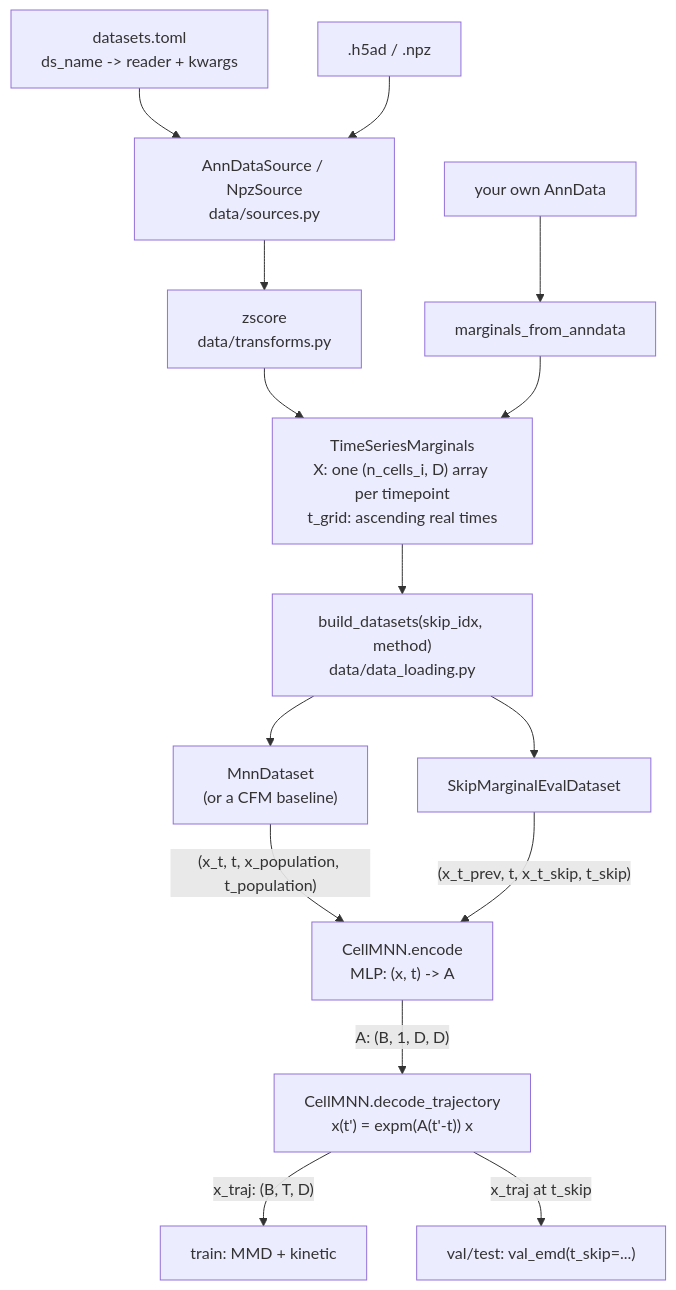
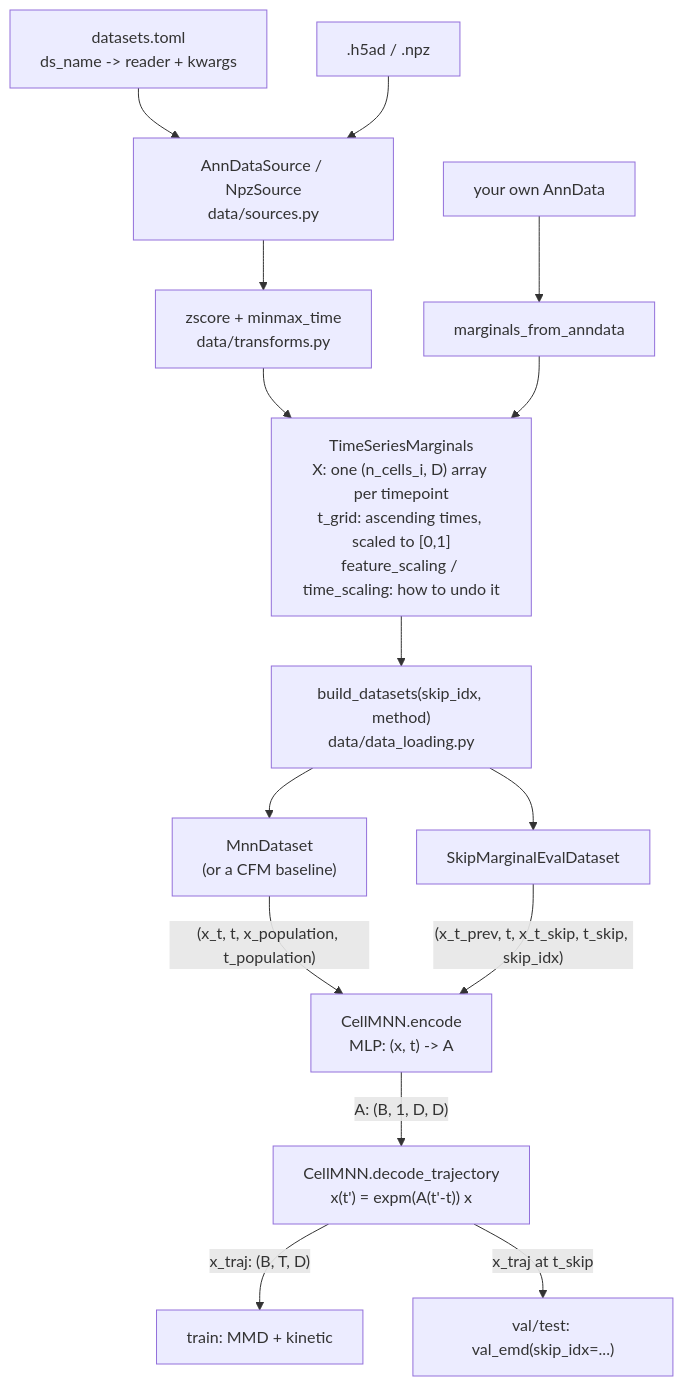
Before and after one commit to vbjan/cell-mnn: the diagram in README.md, drawn with Mermaid. The commit also changed 9 other files, not shown here.

````diff
--- a/README.md
+++ b/README.md
@@ -7,26 +7,26 @@
 ```mermaid
 flowchart TB
     toml["datasets.toml<br>ds_name -> reader + kwargs"] --> src
     files[".h5ad / .npz"] --> src["AnnDataSource / NpzSource<br>data/sources.py"]
-    src --> zs["zscore<br>data/transforms.py"]
+    src --> zs["zscore + minmax_time<br>data/transforms.py"]
     adata["your own AnnData"] --> mfa["marginals_from_anndata"]
 
     zs --> M
     mfa --> M
 
-    M["TimeSeriesMarginals<br>X: one (n_cells_i, D) array per timepoint<br>t_grid: ascending real times"]
+    M["TimeSeriesMarginals<br>X: one (n_cells_i, D) array per timepoint<br>t_grid: ascending times, scaled to [0,1]<br>feature_scaling / time_scaling: how to undo it"]
 
     M --> B["build_datasets(skip_idx, method)<br>data/data_loading.py"]
 
     B --> TR["MnnDataset<br>(or a CFM baseline)"]
     B --> VA["SkipMarginalEvalDataset"]
 
     TR -->|"(x_t, t, x_population, t_population)"| enc
-    VA -->|"(x_t_prev, t, x_t_skip, t_skip)"| enc
+    VA -->|"(x_t_prev, t, x_t_skip, t_skip, skip_idx)"| enc
 
     enc["CellMNN.encode<br>MLP: (x, t) -> A"]
     enc -->|"A: (B, 1, D, D)"| dec["CellMNN.decode_trajectory<br>x(t') = expm(A(t'-t)) x"]
 
     dec -->|"x_traj: (B, T, D)"| loss["train: MMD + kinetic"]
-    dec -->|"x_traj at t_skip"| emd["val/test: val_emd(t_skip=...)"]
+    dec -->|"x_traj at t_skip"| emd["val/test: val_emd(skip_idx=...)"]
 ```
````
